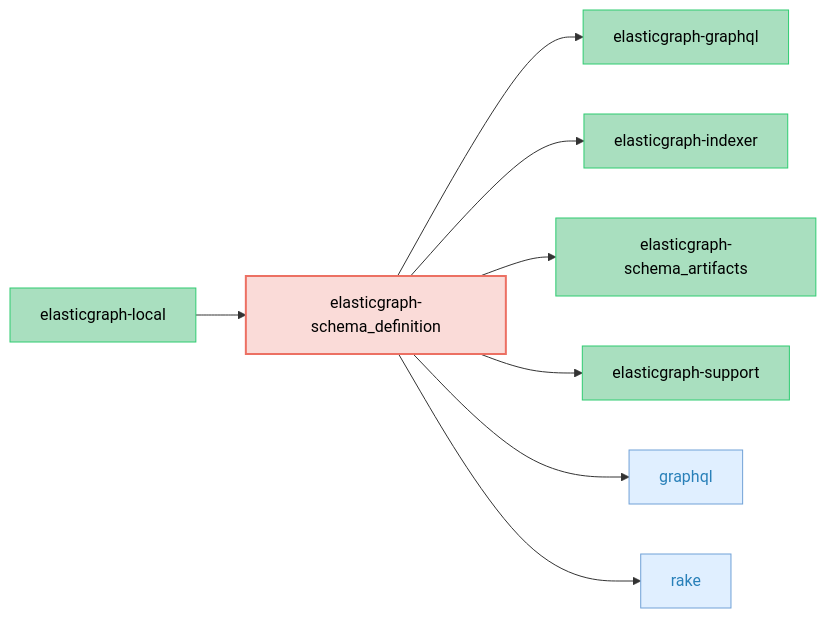
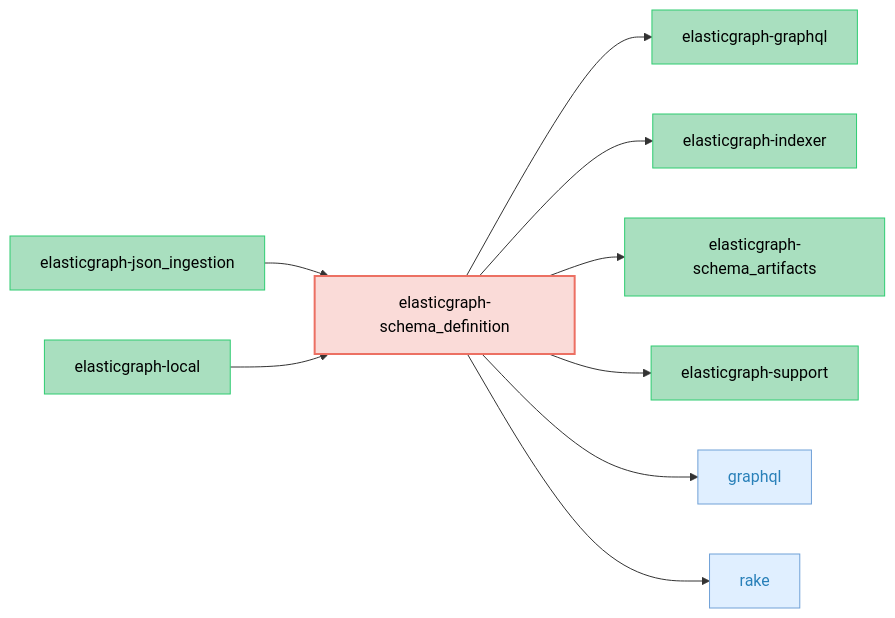
One commit to block/elasticgraph changed the diagram in elasticgraph-schema_definition/README.md. Above: the diagram before and after it, drawn with Mermaid. The commit also changed 53 other files, not shown here.

First line of the commit message:
Move JSON ingestion into elasticgraph-json_ingestion via an indexer extension (#1302)

````diff
--- a/elasticgraph-schema_definition/README.md
+++ b/elasticgraph-schema_definition/README.md
@@ -11,31 +11,34 @@
 ```mermaid
 graph LR;
     classDef targetGemStyle fill:#FADBD8,stroke:#EC7063,color:#000,stroke-width:2px;
     classDef otherEgGemStyle fill:#A9DFBF,stroke:#2ECC71,color:#000;
     classDef externalGemStyle fill:#E0EFFF,stroke:#70A1D7,color:#2980B9;
     elasticgraph-schema_definition["elasticgraph-schema_definition"];
     class elasticgraph-schema_definition targetGemStyle;
     elasticgraph-graphql["elasticgraph-graphql"];
     elasticgraph-schema_definition --> elasticgraph-graphql;
     class elasticgraph-graphql otherEgGemStyle;
     elasticgraph-indexer["elasticgraph-indexer"];
     elasticgraph-schema_definition --> elasticgraph-indexer;
     class elasticgraph-indexer otherEgGemStyle;
     elasticgraph-schema_artifacts["elasticgraph-schema_artifacts"];
     elasticgraph-schema_definition --> elasticgraph-schema_artifacts;
     class elasticgraph-schema_artifacts otherEgGemStyle;
     elasticgraph-support["elasticgraph-support"];
     elasticgraph-schema_definition --> elasticgraph-support;
     class elasticgraph-support otherEgGemStyle;
     graphql["graphql"];
     elasticgraph-schema_definition --> graphql;
     class graphql externalGemStyle;
     rake["rake"];
     elasticgraph-schema_definition --> rake;
     class rake externalGemStyle;
+    elasticgraph-json_ingestion["elasticgraph-json_ingestion"];
+    elasticgraph-json_ingestion --> elasticgraph-schema_definition;
+    class elasticgraph-json_ingestion otherEgGemStyle;
     elasticgraph-local["elasticgraph-local"];
     elasticgraph-local --> elasticgraph-schema_definition;
     class elasticgraph-local otherEgGemStyle;
     click graphql href "https://rubygems.org/gems/graphql" "Open on RubyGems.org" _blank;
     click rake href "https://rubygems.org/gems/rake" "Open on RubyGems.org" _blank;
 ```
````
